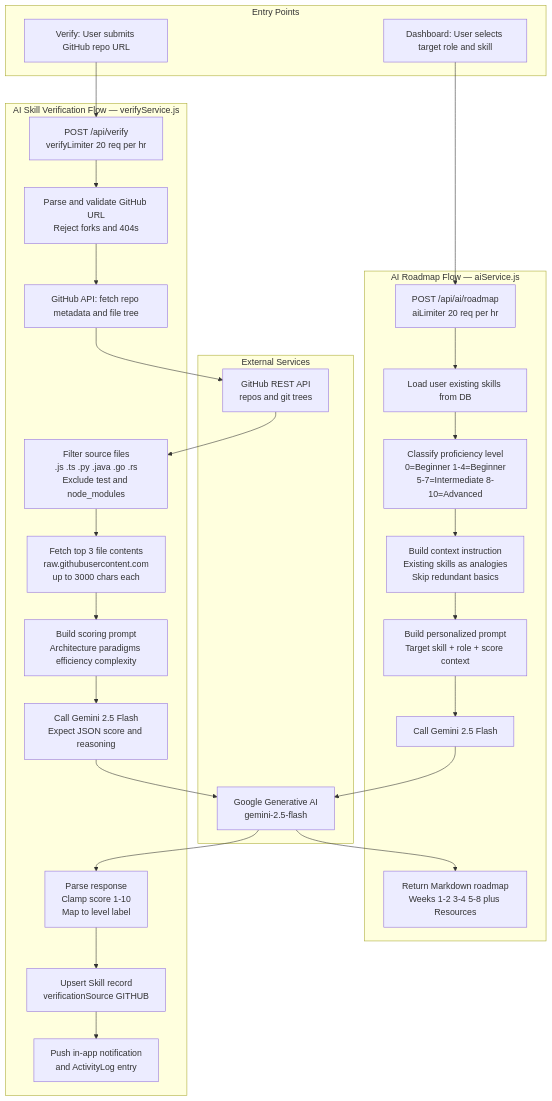
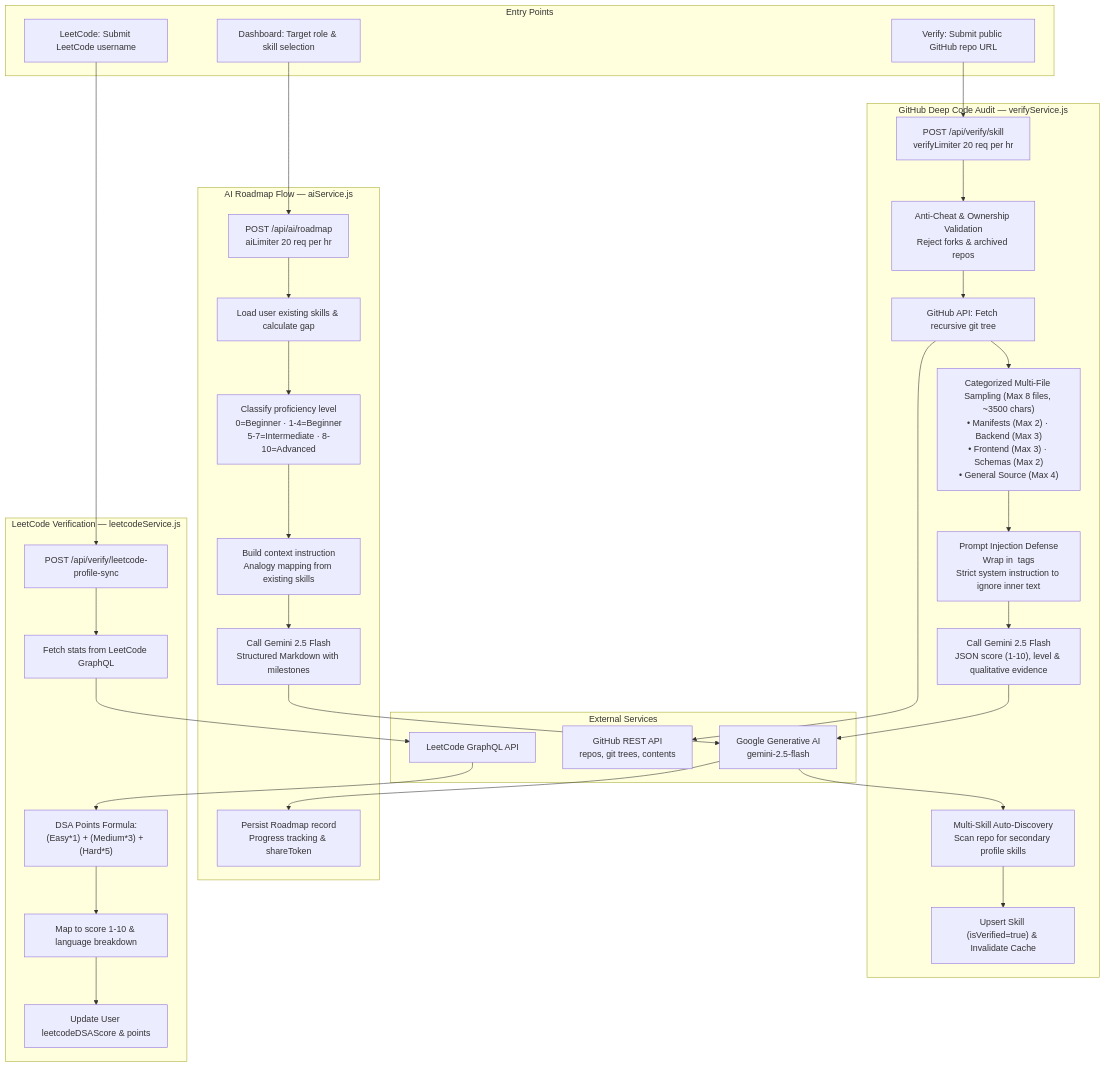
One commit to KshitizD07/Skill-Sphere changed the ninth of 13 diagrams in docs/ARCHITECTURE.md. Above: the diagram before and after it, drawn with Mermaid. The commit also changed other lines of this file and 1 other file, not shown here.

````diff
--- a/docs/ARCHITECTURE.md
+++ b/docs/ARCHITECTURE.md
@@ -715,41 +892,49 @@
 ```mermaid
 flowchart TD
     subgraph TRIGGER["Entry Points"]
-        T1["Dashboard: User selects target role and skill"]
-        T2["Verify: User submits GitHub repo URL"]
+        T1["Dashboard: Target role & skill selection"]
+        T2["Verify: Submit public GitHub repo URL"]
+        T3["LeetCode: Submit LeetCode username"]
     end
 
     subgraph ROADMAP["AI Roadmap Flow — aiService.js"]
         R1["POST /api/ai/roadmap\naiLimiter 20 req per hr"]
-        R2["Load user existing skills from DB"]
-        R3["Classify proficiency level\n0=Beginner 1-4=Beginner\n5-7=Intermediate 8-10=Advanced"]
-        R4["Build context instruction\nExisting skills as analogies\nSkip redundant basics"]
-        R5["Build personalized prompt\nTarget skill + role + score context"]
-        R6["Call Gemini 2.5 Flash"]
-        R7["Return Markdown roadmap\nWeeks 1-2 3-4 5-8 plus Resources"]
+        R2["Load user existing skills & calculate gap"]
+        R3["Classify proficiency level\n0=Beginner · 1-4=Beginner\n5-7=Intermediate · 8-10=Advanced"]
+        R4["Build context instruction\nAnalogy mapping from existing skills"]
+        R5["Call Gemini 2.5 Flash\nStructured Markdown with milestones"]
+        R6["Persist Roadmap record\nProgress tracking & shareToken"]
     end
 
-    subgraph VERIFY_AI["AI Skill Verification Flow — verifyService.js"]
-        V1["POST /api/verify\nverifyLimiter 20 req per hr"]
-        V2["Parse and validate GitHub URL\nReject forks and 404s"]
-        V3["GitHub API: fetch repo metadata and file tree"]
-        V4["Filter source files\n.js .ts .py .java .go .rs\nExclude test and node_modules"]
-        V5["Fetch top 3 file contents\nraw.githubusercontent.com\nup to 3000 chars each"]
-        V6["Build scoring prompt\nArchitecture paradigms efficiency complexity"]
-        V7["Call Gemini 2.5 Flash\nExpect JSON score and reasoning"]
-        V8["Parse response\nClamp score 1-10\nMap to level label"]
-        V9["Upsert Skill record\nverificationSource GITHUB"]
-        V10["Push in-app notification\nand ActivityLog entry"]
+    subgraph VERIFY_GH["GitHub Deep Code Audit — verifyService.js"]
+        V1["POST /api/verify/skill\nverifyLimiter 20 req per hr"]
+        V2["Anti-Cheat & Ownership Validation\nReject forks & archived repos"]
+        V3["GitHub API: Fetch recursive git tree"]
+        V4["Categorized Multi-File Sampling (Max 8 files, ~3500 chars)\n• Manifests (Max 2) · Backend (Max 3)\n• Frontend (Max 3) · Schemas (Max 2)\n• General Source (Max 4)"]
+        V5["Prompt Injection Defense\nWrap in <user_repository_code> tags\nStrict system instruction to ignore inner text"]
+        V6["Call Gemini 2.5 Flash\nJSON score (1-10), level & qualitative evidence"]
+        V7["Multi-Skill Auto-Discovery\nScan repo for secondary profile skills"]
+        V8["Upsert Skill (isVerified=true) & Invalidate Cache"]
+    end
+
+    subgraph VERIFY_LC["LeetCode Verification — leetcodeService.js"]
+        L1["POST /api/verify/leetcode-profile-sync"]
+        L2["Fetch stats from LeetCode GraphQL"]
+        L3["DSA Points Formula:\n(Easy*1) + (Medium*3) + (Hard*5)"]
+        L4["Map to score 1-10 & language breakdown"]
+        L5["Update User leetcodeDSAScore & points"]
     end
 
     subgraph EXTERNAL["External Services"]
         GEMINI_API["Google Generative AI\ngemini-2.5-flash"]
-        GH_API["GitHub REST API\nrepos and git trees"]
+        GH_API["GitHub REST API\nrepos, git trees, contents"]
+        LC_API["LeetCode GraphQL API"]
     end
 
-    T1 --> R1 --> R2 --> R3 --> R4 --> R5 --> R6
-    R6 --> GEMINI_API --> R7
-    T2 --> V1 --> V2 --> V3
-    V3 --> GH_API --> V4 --> V5 --> V6 --> V7
-    V7 --> GEMINI_API --> V8 --> V9 --> V10
+    T1 --> R1 --> R2 --> R3 --> R4 --> R5
+    R5 --> GEMINI_API --> R6
+    T2 --> V1 --> V2 --> V3 --> V4 --> V5 --> V6
+    V6 --> GEMINI_API --> V7 --> V8
+    V3 --> GH_API
+    T3 --> L1 --> L2 --> LC_API --> L3 --> L4 --> L5
 ```
````
